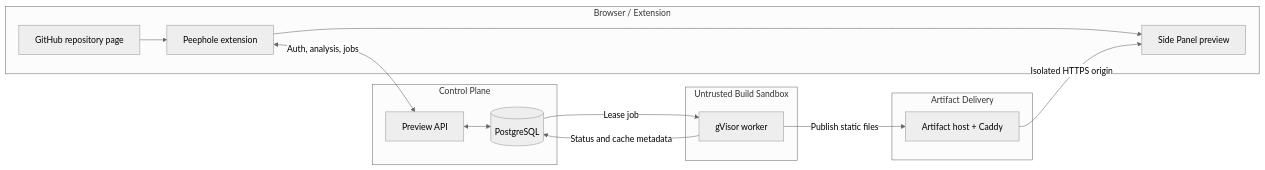
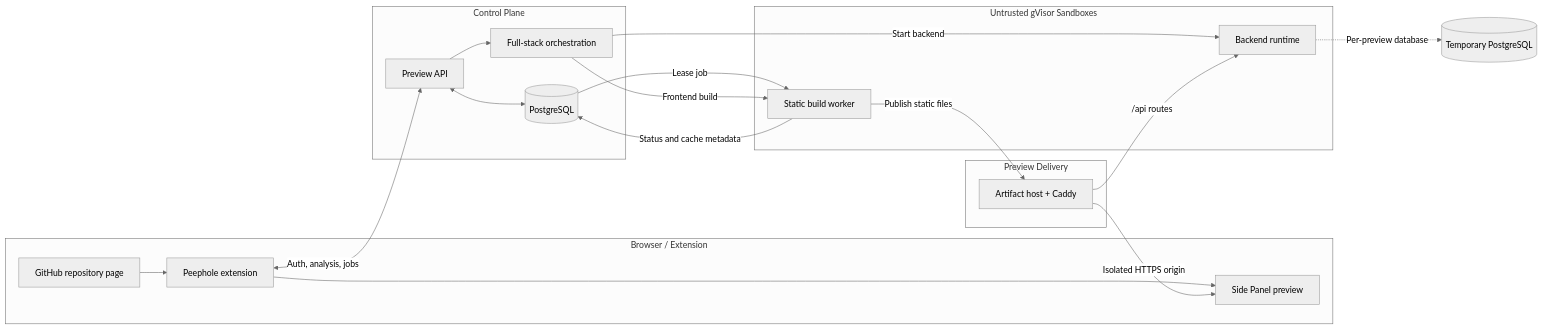
One commit to The-peephole/peephole changed the diagram in README.ko.md. Above: the diagram before and after it, drawn with Mermaid (neutral theme). The commit also changed other lines of this file and 4 other files, not shown here.

````diff
--- a/README.ko.md
+++ b/README.ko.md
@@ -76,30 +100,39 @@
 ```mermaid
 flowchart LR
     subgraph Browser["Browser / Extension"]
         GH[GitHub repository page]
         EXT[Peephole extension]
         PANEL[Side Panel preview]
         GH --> EXT
         EXT --> PANEL
     end
 
     subgraph Control["Control Plane"]
         API[Preview API]
         DB[(PostgreSQL)]
+        ORCH[Full-stack orchestration]
         API <--> DB
+        API --> ORCH
     end
 
-    subgraph Sandbox["Untrusted Build Sandbox"]
-        WORKER[gVisor worker]
+    subgraph Sandbox["Untrusted gVisor Sandboxes"]
+        WORKER[Static build worker]
+        BACKEND[Backend runtime]
     end
 
-    subgraph Delivery["Artifact Delivery"]
+    TENANT[(Temporary PostgreSQL)]
+
+    subgraph Delivery["Preview Delivery"]
         ART[Artifact host + Caddy]
     end
 
     EXT <-->|Auth, analysis, jobs| API
     DB -->|Lease job| WORKER
     WORKER -->|Status and cache metadata| DB
     WORKER -->|Publish static files| ART
+    ORCH -->|Frontend build| WORKER
+    ORCH -->|Start backend| BACKEND
+    BACKEND -.->|Per-preview database| TENANT
+    ART -->|/api routes| BACKEND
     ART -->|Isolated HTTPS origin| PANEL
 ```
````
